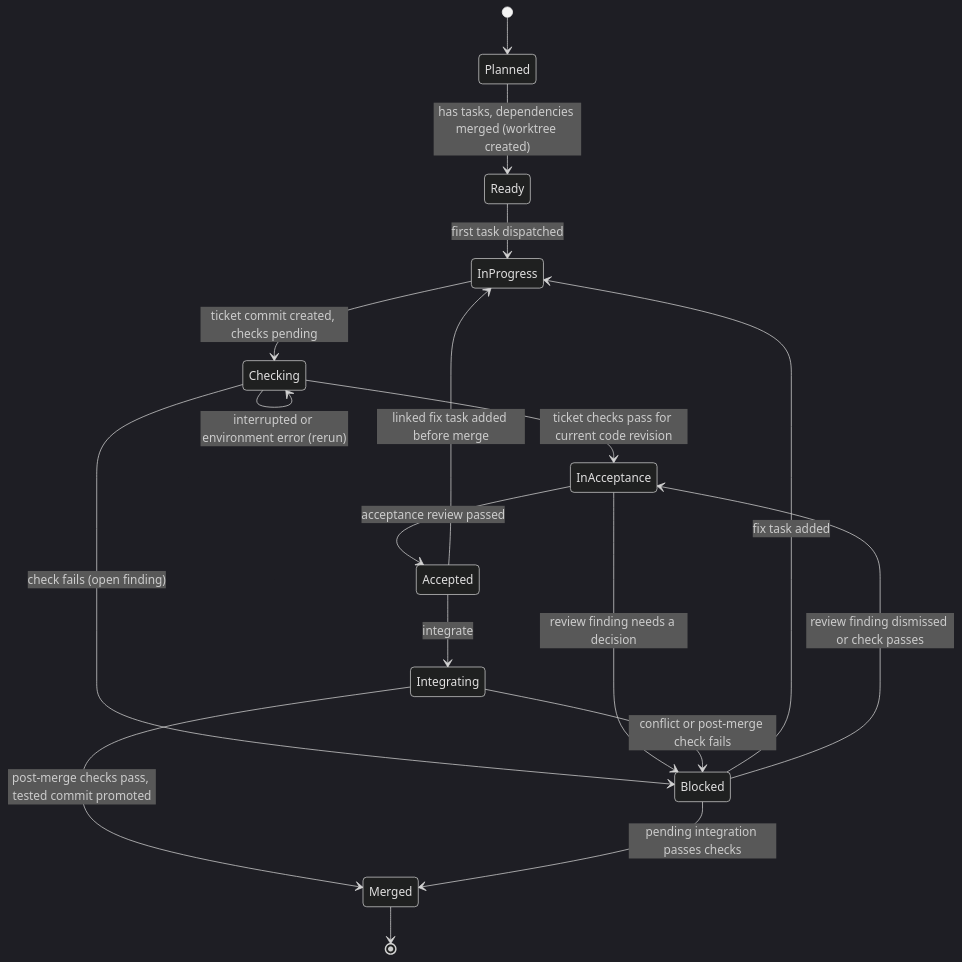
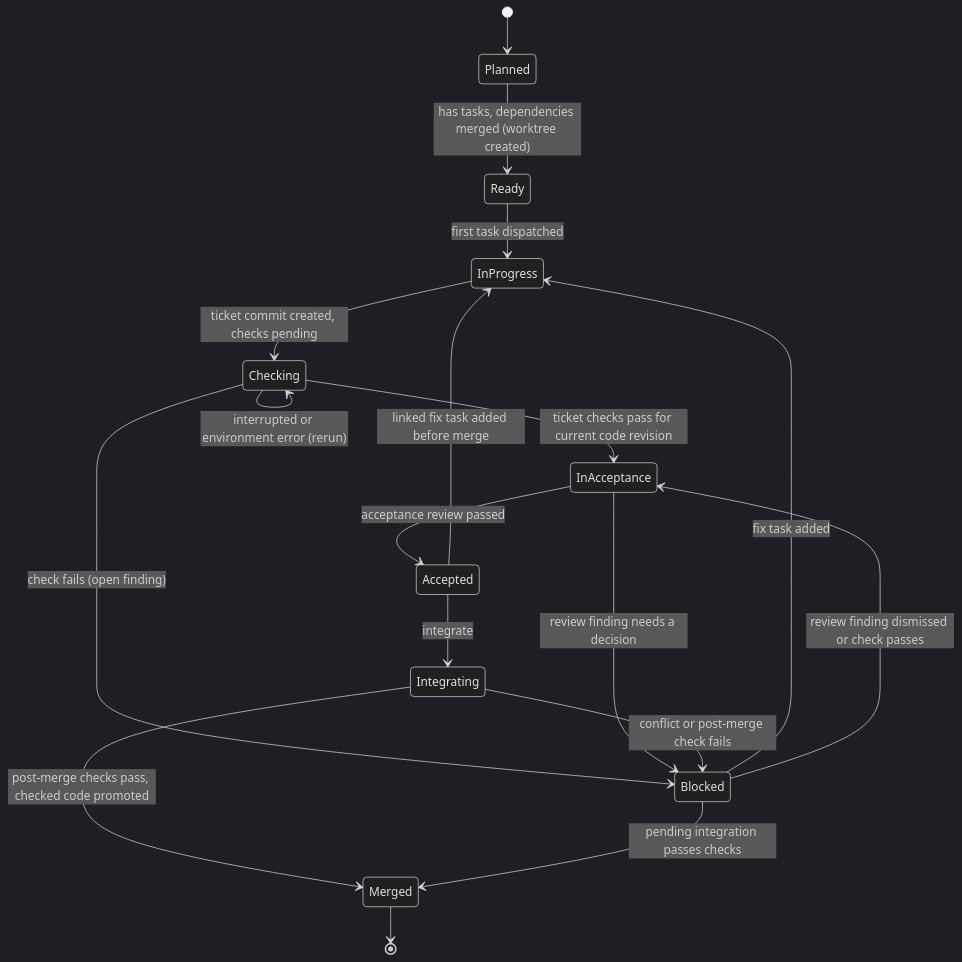
The fifth of 7 diagrams in SDD-WORKFLOWS.md (UseTheFork/spindle), drawn with Mermaid (dark theme) before and after one commit. The commit also changed other lines of this file, not shown here.

````diff
--- a/SDD-WORKFLOWS.md
+++ b/SDD-WORKFLOWS.md
@@ -292,20 +290,20 @@
 ```mermaid
 stateDiagram-v2
     [*] --> Planned
     Planned --> Ready: has tasks, dependencies merged (worktree created)
     Ready --> InProgress: first task dispatched
     InProgress --> Checking: ticket commit created, checks pending
     Checking --> InAcceptance: ticket checks pass for current code revision
     Checking --> Blocked: check fails (open finding)
     Checking --> Checking: interrupted or environment error (rerun)
     InAcceptance --> Accepted: acceptance review passed
     InAcceptance --> Blocked: review finding needs a decision
     Accepted --> Integrating: integrate
     Accepted --> InProgress: linked fix task added before merge
-    Integrating --> Merged: post-merge checks pass, tested commit promoted
+    Integrating --> Merged: post-merge checks pass, checked code promoted
     Integrating --> Blocked: conflict or post-merge check fails
     Blocked --> InProgress: fix task added
     Blocked --> InAcceptance: review finding dismissed or check passes
     Blocked --> Merged: pending integration passes checks
     Merged --> [*]
 ```
````
